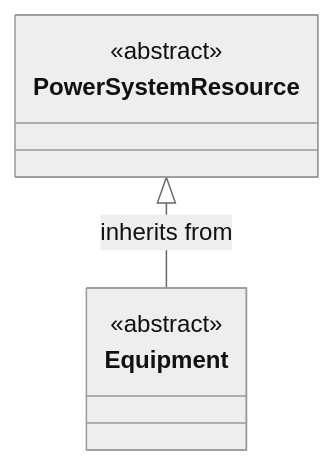
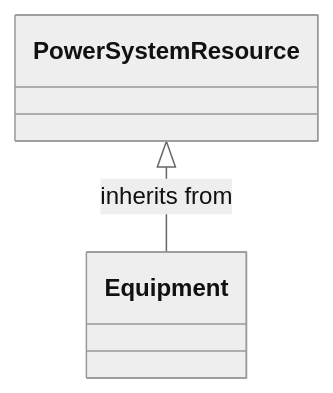
The tenth of 14 diagrams in cimgraph/data_profile/cim18gmdm/asset/Asset.rdfs-t2b.md (PNNL-CIM-Tools/CIM-Graph), drawn with Mermaid (neutral theme) before and after one commit. The commit also changed other lines of this file and 4 other files, not shown here.

````diff
--- a/cimgraph/data_profile/cim18gmdm/asset/Asset.rdfs-t2b.md
+++ b/cimgraph/data_profile/cim18gmdm/asset/Asset.rdfs-t2b.md
@@ -495,14 +444,6 @@
 ```mermaid
 classDiagram
-direction TB
-
-class Equipment {
-<<abstract>>
+class Equipment{
 }
-
-class PowerSystemResource {
-<<abstract>>
-}
-
 PowerSystemResource <|-- Equipment : inherits from
 ```
````
